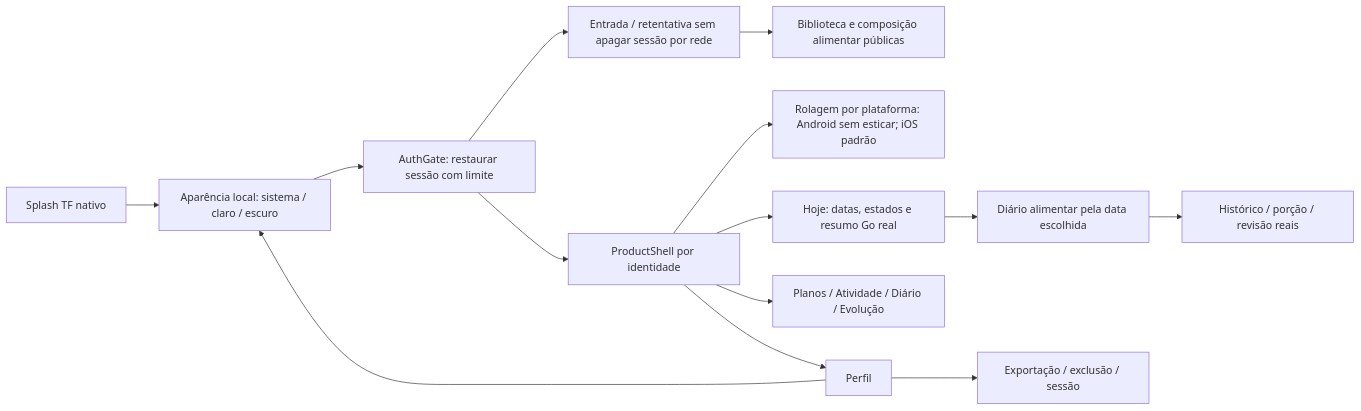
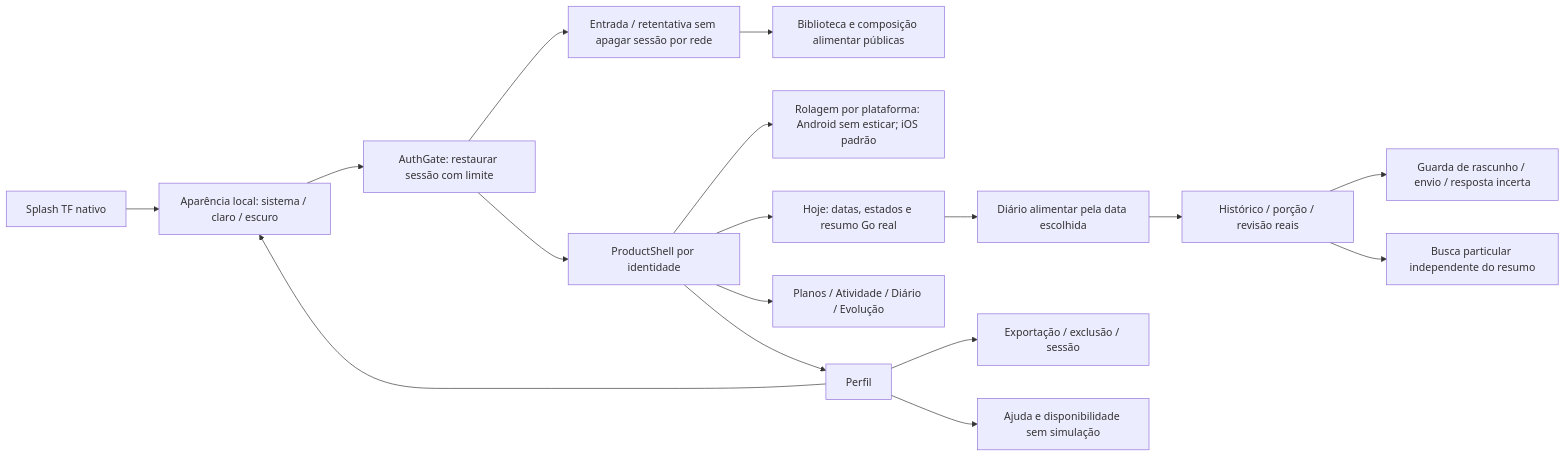
The first of 2 diagrams in docs/arquitetura/fluxos.md (richardcastrogois/TrainForge), drawn with Mermaid before and after one commit. The commit also changed other lines of this file and 46 other files, not shown here.

Commit message:
feat(frontend): refine available flows and protect nutrition drafts

````diff
--- a/docs/arquitetura/fluxos.md
+++ b/docs/arquitetura/fluxos.md
@@ -9,16 +9,19 @@
 ```mermaid
 flowchart LR
   launch["Splash TF nativo"] --> appearance["Aparência local: sistema / claro / escuro"]
   appearance --> gate["AuthGate: restaurar sessão com limite"]
   shell --> scroll["Rolagem por plataforma: Android sem esticar; iOS padrão"]
   gate --> entry["Entrada / retentativa sem apagar sessão por rede"]
   gate --> shell["ProductShell por identidade"]
   shell --> today["Hoje: datas, estados e resumo Go real"]
   shell --> tabs["Planos / Atividade / Diário / Evolução"]
   today --> day["Diário alimentar pela data escolhida"]
   shell --> profile["Perfil"]
   profile --> appearance
   profile --> privacy["Exportação / exclusão / sessão"]
   entry --> public["Biblioteca e composição alimentar públicas"]
   day --> nutrition["Histórico / porção / revisão reais"]
+  nutrition --> draft["Guarda de rascunho / envio / resposta incerta"]
+  nutrition --> ownSearch["Busca particular independente do resumo"]
+  profile --> help["Ajuda e disponibilidade sem simulação"]
 ```
````
